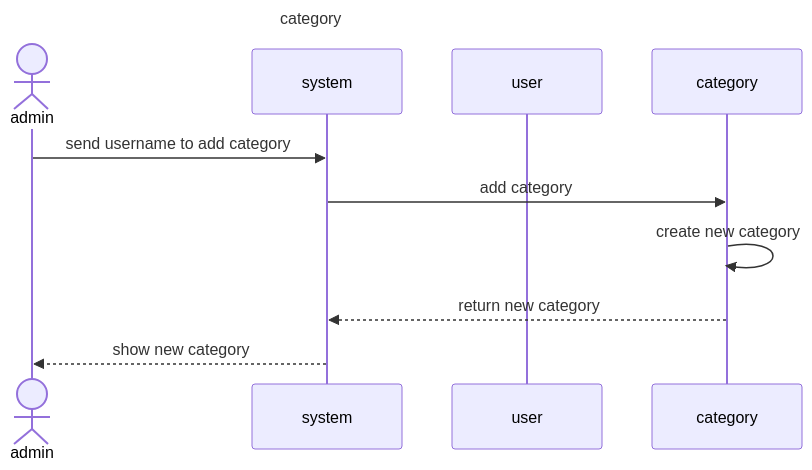
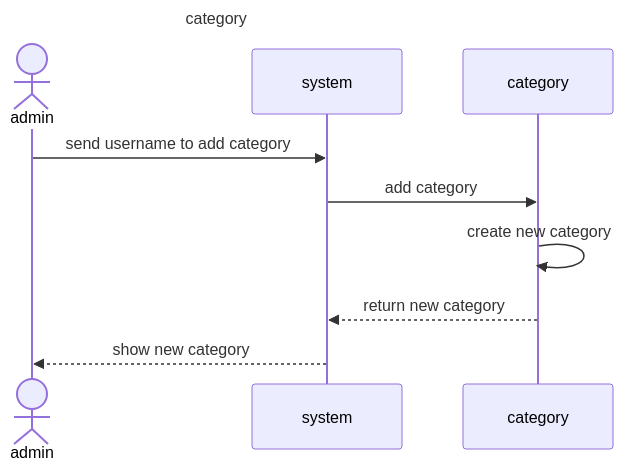
Before and after one commit to MxMhx/OOP_Project_MK_website: the diagram in sequence_diag/admin/add_categoy.mmd, drawn with Mermaid. The commit also changed 1 other file, not shown here.

```diff
--- a/sequence_diag/admin/add_categoy.mmd
+++ b/sequence_diag/admin/add_categoy.mmd
@@ -1,11 +1,10 @@
 sequenceDiagram
     title category
     actor admin
     participant system
-    participant user
     participant category
     admin ->> system: send username to add category
     system ->> category:add category
     category ->> category:create new category
     category -->> system : return new category 
     system -->> admin:show new category
```
